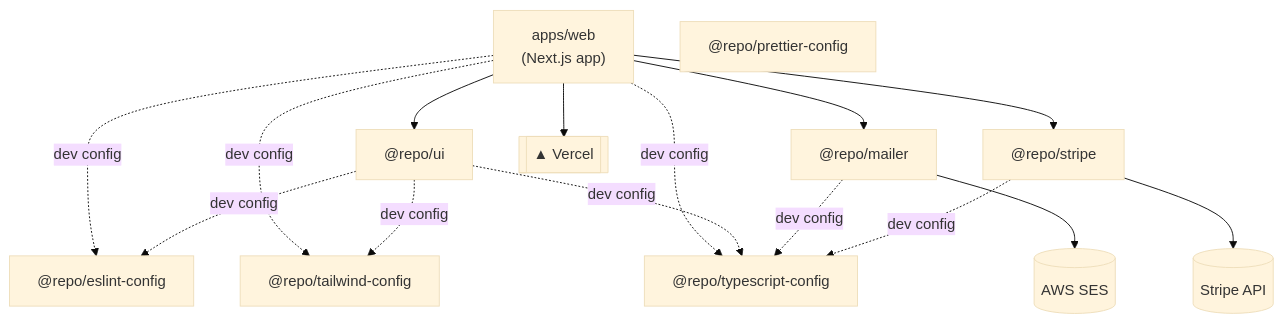
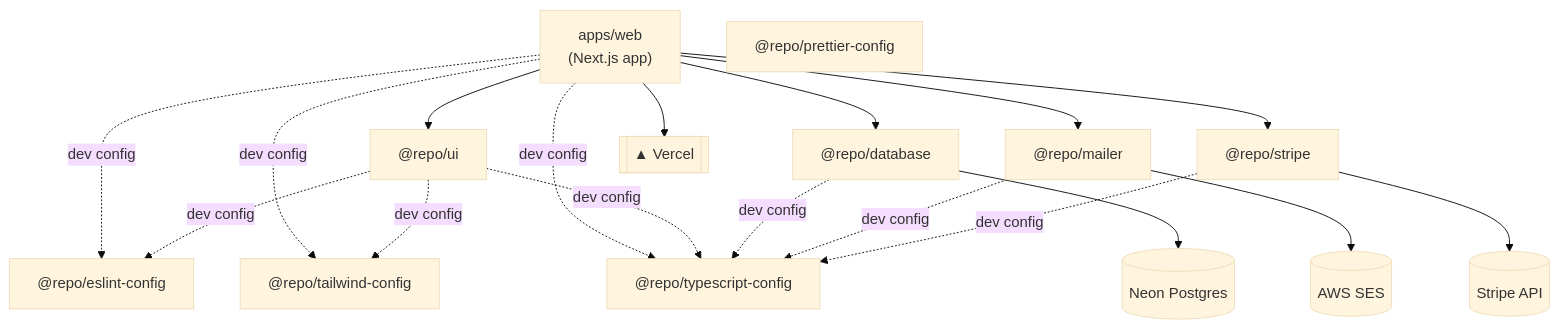
The diagram in ARCHITECTURE.md (oscaroceguera/core-unnamed), drawn with Mermaid (base theme) before and after one commit. The commit also changed other lines of this file, not shown here.

Commit message:
update architecture file

````diff
--- a/ARCHITECTURE.md
+++ b/ARCHITECTURE.md
@@ -39,33 +42,38 @@
 ```mermaid
 graph TD
     web["apps/web<br/>(Next.js app)"]
 
     ui["@repo/ui"]
+    database["@repo/database"]
     mailer["@repo/mailer"]
     stripe["@repo/stripe"]
     eslintCfg["@repo/eslint-config"]
     prettierCfg["@repo/prettier-config"]
     tailwindCfg["@repo/tailwind-config"]
     tsCfg["@repo/typescript-config"]
 
     web --> ui
+    web --> database
     web --> mailer
     web --> stripe
     web -.dev config.-> eslintCfg
     web -.dev config.-> tailwindCfg
     web -.dev config.-> tsCfg
 
     ui -.dev config.-> eslintCfg
     ui -.dev config.-> tailwindCfg
     ui -.dev config.-> tsCfg
+    database -.dev config.-> tsCfg
     mailer -.dev config.-> tsCfg
     stripe -.dev config.-> tsCfg
 
+    neon[("Neon Postgres")]
     ses[("AWS SES")]
     stripeApi[("Stripe API")]
     vercel[["▲ Vercel"]]
 
+    database --> neon
     mailer --> ses
     stripe --> stripeApi
     web --> vercel
 ```
````
